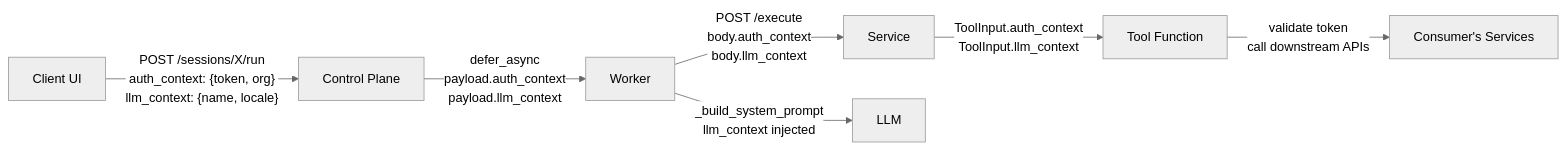
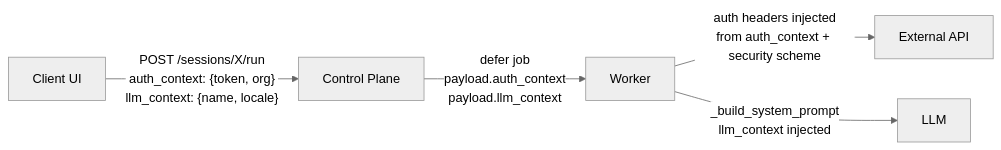
One commit to Sheerabth/omniagent changed the third of 4 diagrams in README.md. Above: the diagram before and after it, drawn with Mermaid (neutral theme). The commit also changed other lines of this file and 13 other files, not shown here.

````diff
--- a/README.md
+++ b/README.md
@@ -66,9 +59,7 @@
 ```mermaid
 flowchart LR
     Client["Client UI"] -->|"POST /sessions/X/run<br/>auth_context: {token, org}<br/>llm_context: {name, locale}"| CP["Control Plane"]
-    CP -->|"defer_async<br/>payload.auth_context<br/>payload.llm_context"| Worker["Worker"]
-    Worker -->|"POST /execute<br/>body.auth_context<br/>body.llm_context"| Service["Service"]
+    CP -->|"defer job<br/>payload.auth_context<br/>payload.llm_context"| Worker["Worker"]
+    Worker -->|"auth headers injected<br/>from auth_context + security scheme"| API["External API"]
     Worker -->|"_build_system_prompt<br/>llm_context injected"| LLM["LLM"]
-    Service -->|"ToolInput.auth_context<br/>ToolInput.llm_context"| Tool["Tool Function"]
-    Tool -->|"validate token<br/>call downstream APIs"| Downstream["Consumer's Services"]
 ```
````
